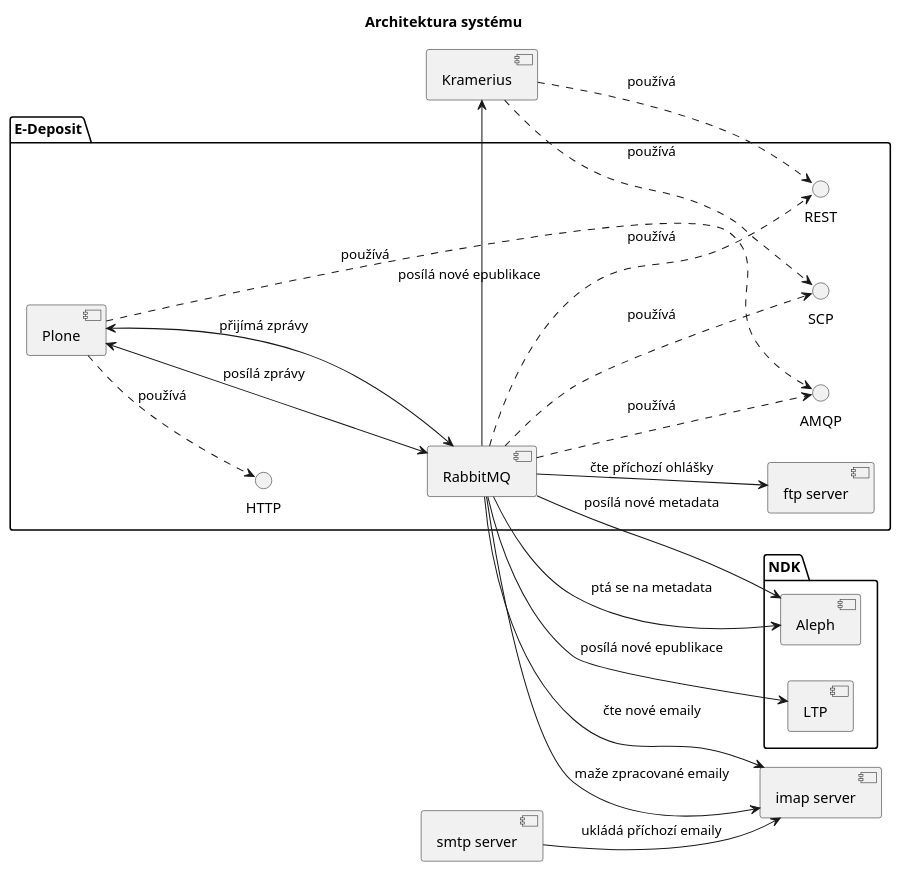
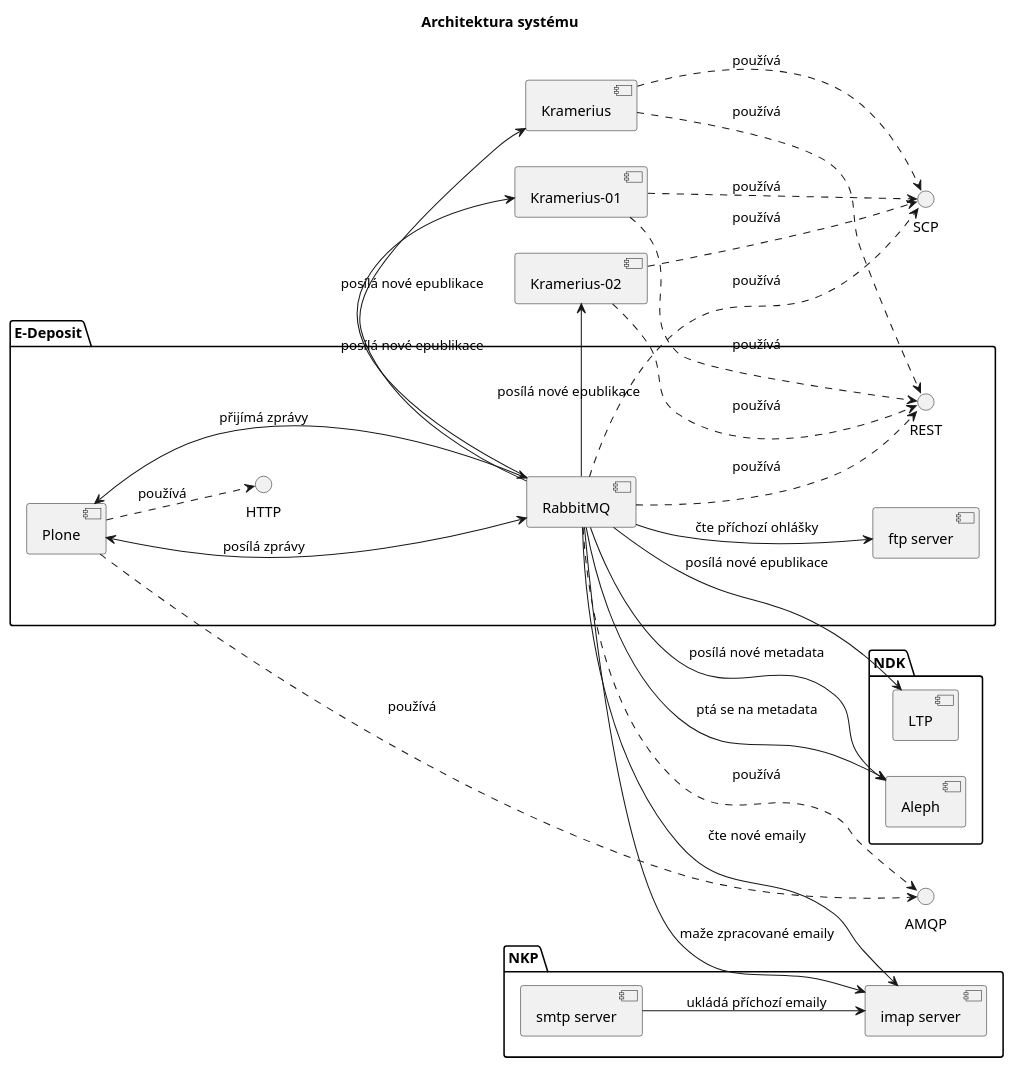
The diagram in docs/architecture.plantuml (edeposit/edeposit.policy), drawn with PlantUML before and after one commit. The commit also changed 1 other file, not shown here.

Commit message:
added more "Kramerius" instances.

```diff
--- a/docs/architecture.plantuml
+++ b/docs/architecture.plantuml
@@ -1,41 +1,51 @@
 @startuml
 left to right direction
 skinparam componentStyle uml2
 title Architektura systému
+() "SCP" as SCP
+() "AMQP" as AMQP
 
 package "E-Deposit" {
 () "HTTP" as HTTP
-() "SCP" as SCP
-() "AMQP" as AMQP
 
 [RabbitMQ] ..> AMQP : používá
 [RabbitMQ] ..> SCP : používá
 [RabbitMQ] ..> REST : používá
 [Plone] ..> AMQP : používá
 [Plone] <---> [RabbitMQ] : posílá zprávy
 [Plone] <---> [RabbitMQ] : přijímá zprávy
 [Plone] ..> HTTP : používá
 [ftp server]
 [RabbitMQ] --> [ftp server] : čte příchozí ohlášky
 }
 
+package "NKP" {
 [smtp server]
 [smtp server] --> [imap server] : ukládá příchozí emaily
 
 [imap server]
 [RabbitMQ] --> [imap server] : čte nové emaily
 [RabbitMQ] --> [imap server] : maže zpracované emaily
+}
 
 package "NDK" {
 [RabbitMQ] --> [Aleph] : ptá se na metadata
 [RabbitMQ] --> [Aleph] : posílá nové metadata
 [RabbitMQ] --> [LTP] : posílá nové epublikace
 [Aleph]
 [LTP]
 }
 
 [RabbitMQ] --> [Kramerius] : posílá nové epublikace
 [Kramerius] ..> REST : používá
 [Kramerius] ..> SCP : používá
 
+[RabbitMQ] --> [Kramerius-01] : posílá nové epublikace
+[Kramerius-01] ..> REST : používá
+[Kramerius-01] ..> SCP : používá
+
+[RabbitMQ] --> [Kramerius-02] : posílá nové epublikace
+[Kramerius-02] ..> REST : používá
+[Kramerius-02] ..> SCP : používá
+
 @enduml
```
